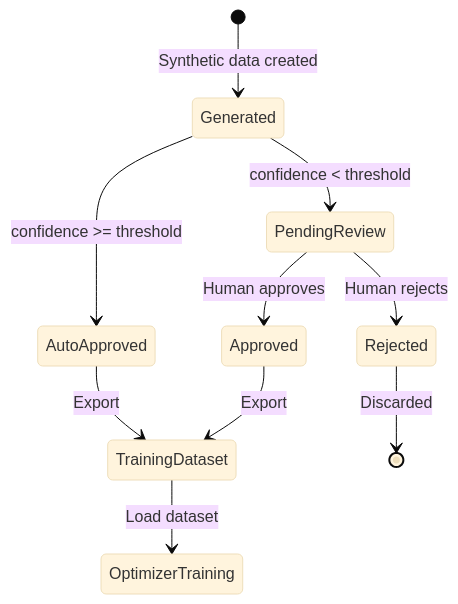
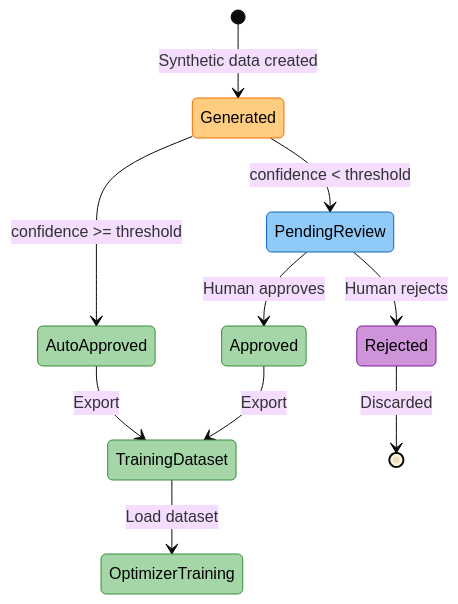
Before and after one commit to amit-jain/cogniverse: the second of 2 diagrams in docs/modules/approval-workflow.md, drawn with Mermaid (base theme). The commit also changed other lines of this file and 83 other files, not shown here.

First line of the commit message:
Fix documentation veracity, formatting, and diagrams across all modules

````diff
--- a/docs/modules/approval-workflow.md
+++ b/docs/modules/approval-workflow.md
@@ -353,12 +395,23 @@
 ```mermaid
 stateDiagram-v2
     [*] --> Generated: Synthetic data created
     Generated --> AutoApproved: confidence >= threshold
     Generated --> PendingReview: confidence < threshold
     PendingReview --> Approved: Human approves
     PendingReview --> Rejected: Human rejects
     AutoApproved --> TrainingDataset: Export
     Approved --> TrainingDataset: Export
     Rejected --> [*]: Discarded
     TrainingDataset --> OptimizerTraining: Load dataset
+
+    classDef orange fill:#ffcc80,stroke:#ef6c00,color:#000
+    classDef green fill:#a5d6a7,stroke:#388e3c,color:#000
+    classDef blue fill:#90caf9,stroke:#1565c0,color:#000
+    classDef purple fill:#ce93d8,stroke:#7b1fa2,color:#000
+
+    class Generated orange
+    class AutoApproved,Approved green
+    class PendingReview blue
+    class Rejected purple
+    class TrainingDataset,OptimizerTraining green
 ```
````
